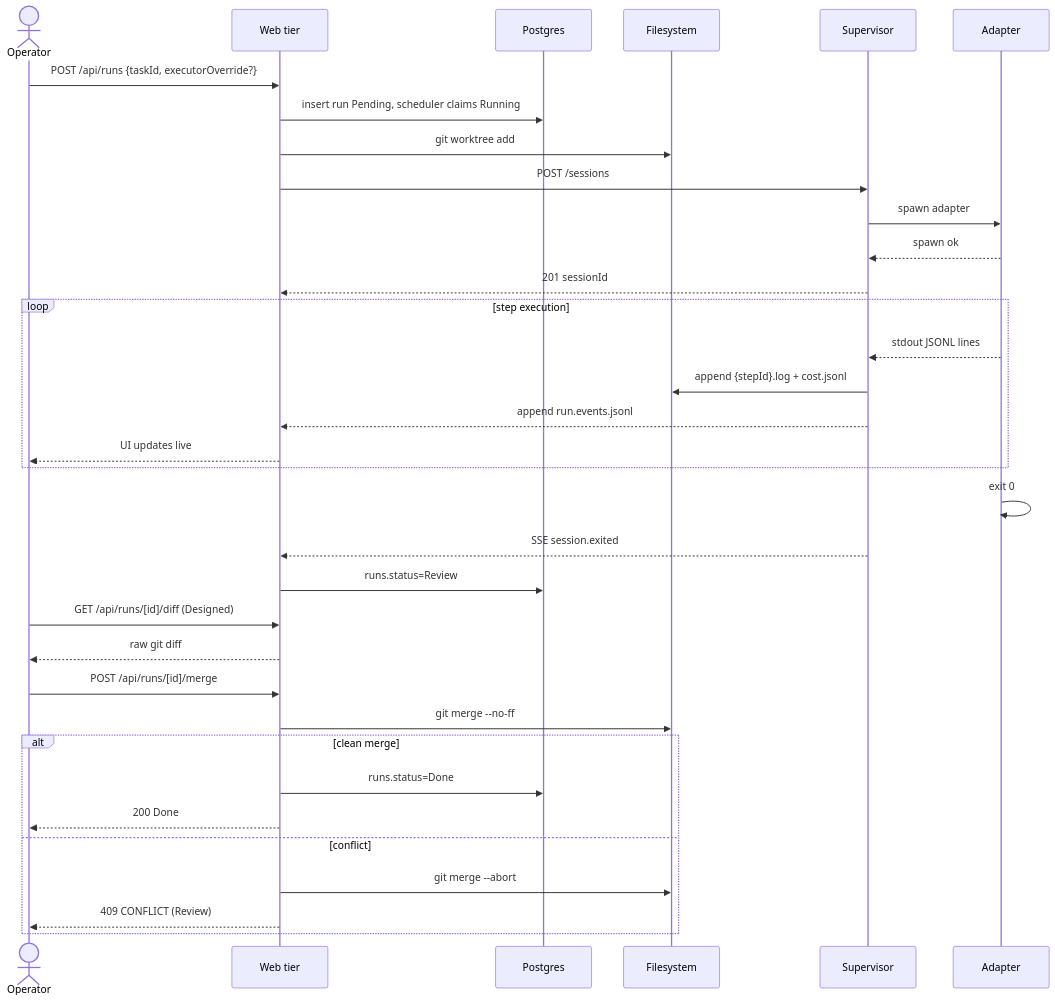
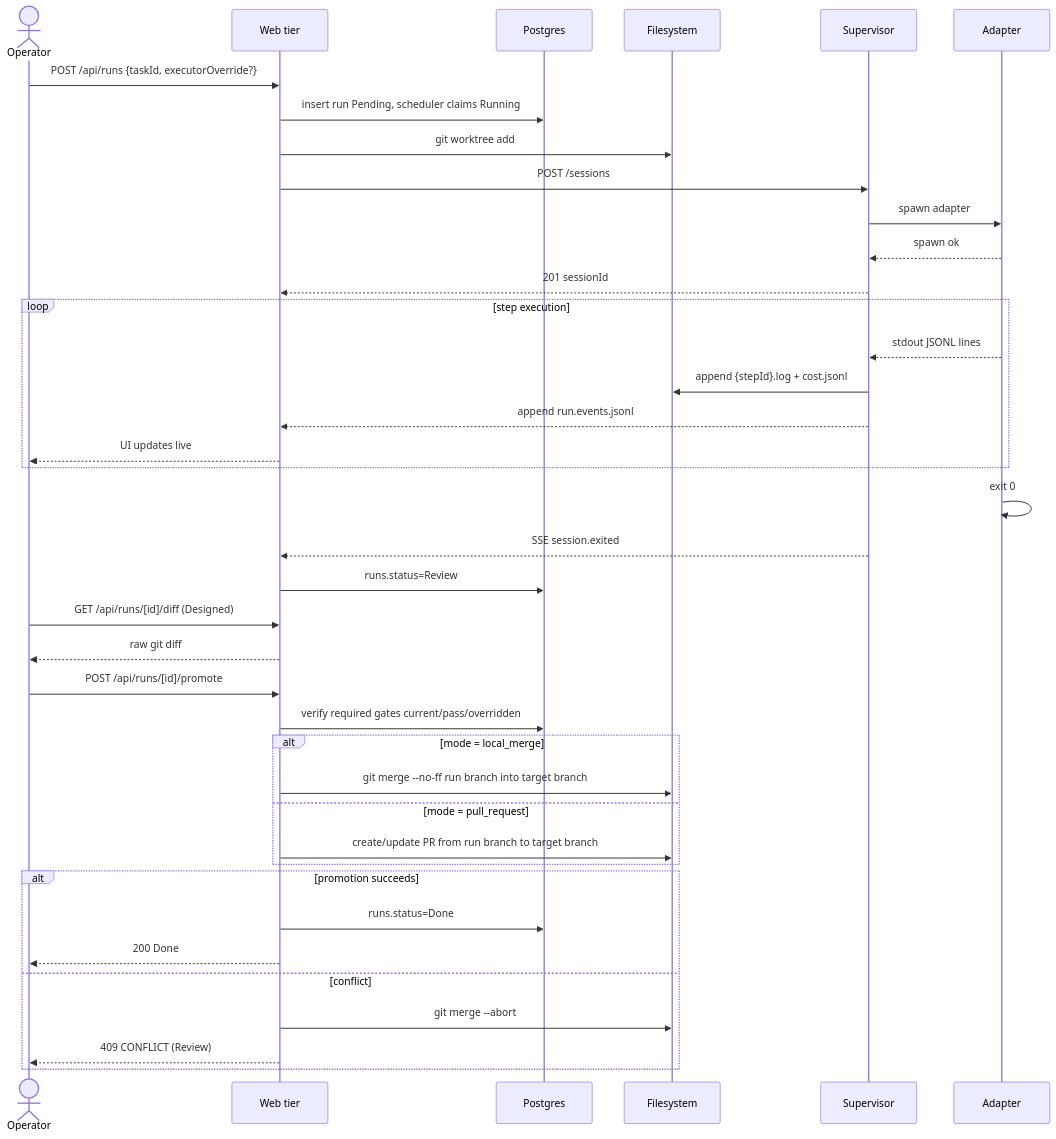
Before and after one commit to maister-dev/maister: the second of 4 diagrams in docs/system-analytics/runs.md, drawn with Mermaid. The commit also changed other lines of this file and 24 other files, not shown here.

Commit message:
docs: align roadmap with flow readiness

````diff
--- a/docs/system-analytics/runs.md
+++ b/docs/system-analytics/runs.md
@@ -63,37 +63,42 @@
 ```mermaid
 sequenceDiagram
     actor U as Operator
     participant W as Web tier
     participant DB as Postgres
     participant FS as Filesystem
     participant SV as Supervisor
     participant A as Adapter
 
     U->>W: POST /api/runs {taskId, executorOverride?}
     W->>DB: insert run Pending, scheduler claims Running
     W->>FS: git worktree add
     W->>SV: POST /sessions
     SV->>A: spawn adapter
     A-->>SV: spawn ok
     SV-->>W: 201 sessionId
     loop step execution
         A-->>SV: stdout JSONL lines
         SV->>FS: append {stepId}.log + cost.jsonl
         SV-->>W: append run.events.jsonl
         W-->>U: UI updates live
     end
     A->>A: exit 0
     SV-->>W: SSE session.exited
     W->>DB: runs.status=Review
     U->>W: GET /api/runs/[id]/diff (Designed)
     W-->>U: raw git diff
-    U->>W: POST /api/runs/[id]/merge
-    W->>FS: git merge --no-ff
-    alt clean merge
+    U->>W: POST /api/runs/[id]/promote
+    W->>DB: verify required gates current/pass/overridden
+    alt mode = local_merge
+        W->>FS: git merge --no-ff run branch into target branch
+    else mode = pull_request
+        W->>FS: create/update PR from run branch to target branch
+    end
+    alt promotion succeeds
         W->>DB: runs.status=Done
         W-->>U: 200 Done
     else conflict
         W->>FS: git merge --abort
         W-->>U: 409 CONFLICT (Review)
     end
 ```
````
